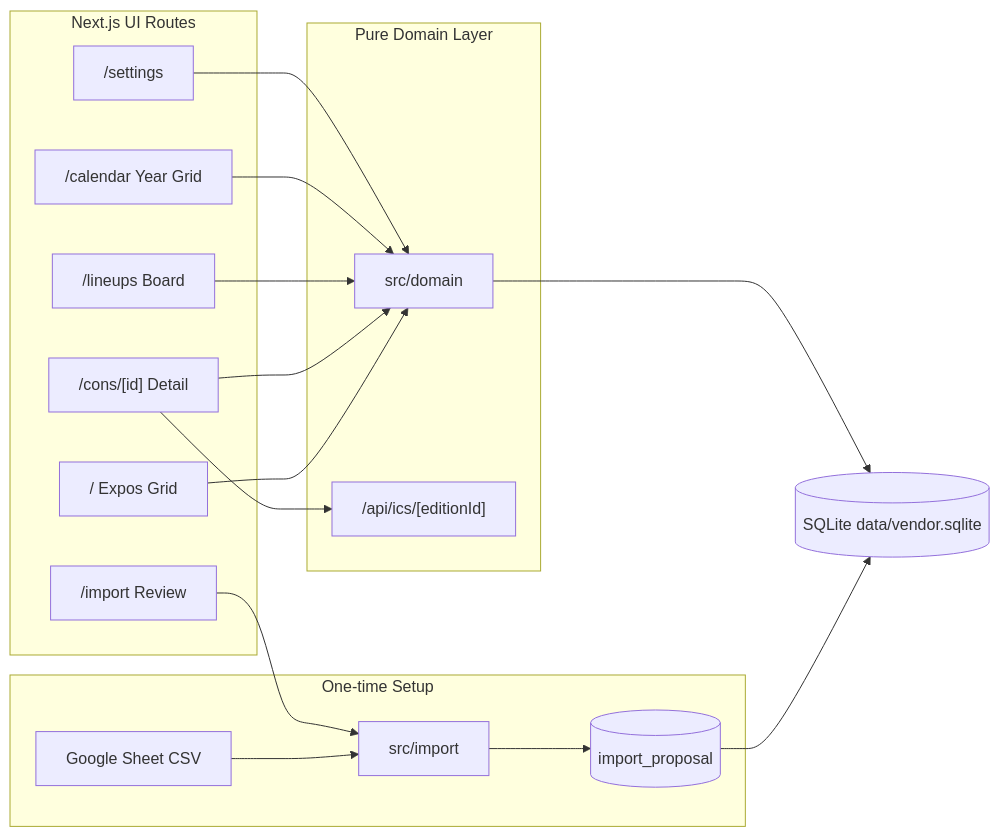
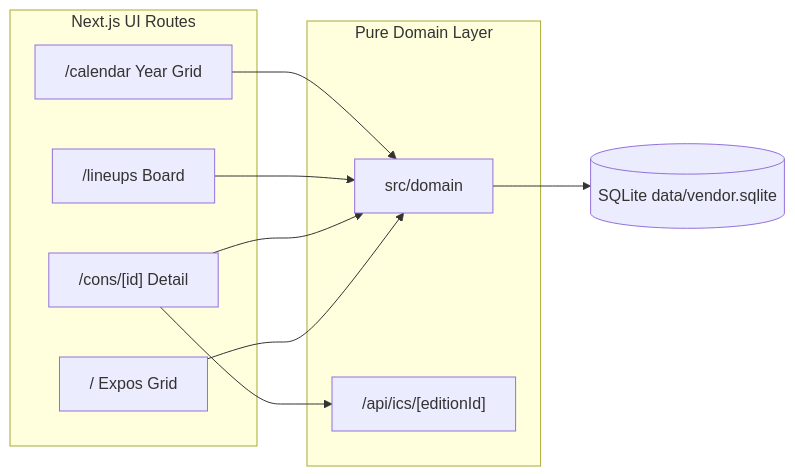
The first of 3 diagrams in docs/DESIGN.md (leav/expo_tracker), drawn with Mermaid before and after one commit. The commit also changed other lines of this file and 35 other files, not shown here.

Commit message:
Drop drive time, import, and unused tabs so the app is just expos, lineups, and calendar.

````diff
--- a/docs/DESIGN.md
+++ b/docs/DESIGN.md
@@ -25,33 +24,23 @@
 ```mermaid
 flowchart LR
-  subgraph importFlow [One-time Setup]
-    sheet[Google Sheet CSV] --> importer[src/import]
-    importer --> proposals[(import_proposal)]
-  end
-
   subgraph appViews [Next.js UI Routes]
     expos["/ Expos Grid"]
     detail["/cons/[id] Detail"]
     lineups["/lineups Board"]
     calendar["/calendar Year Grid"]
-    importPage["/import Review"]
-    settingsPage["/settings"]
   end
 
   subgraph domainLayer [Pure Domain Layer]
     domain[src/domain]
     ics["/api/ics/[editionId]"]
   end
 
   db[(SQLite data/vendor.sqlite)]
 
-  importPage --> importer
-  proposals --> db
   expos --> domain
   detail --> domain
   lineups --> domain
   calendar --> domain
-  settingsPage --> domain
   detail --> ics
   domain --> db
 ```
````
